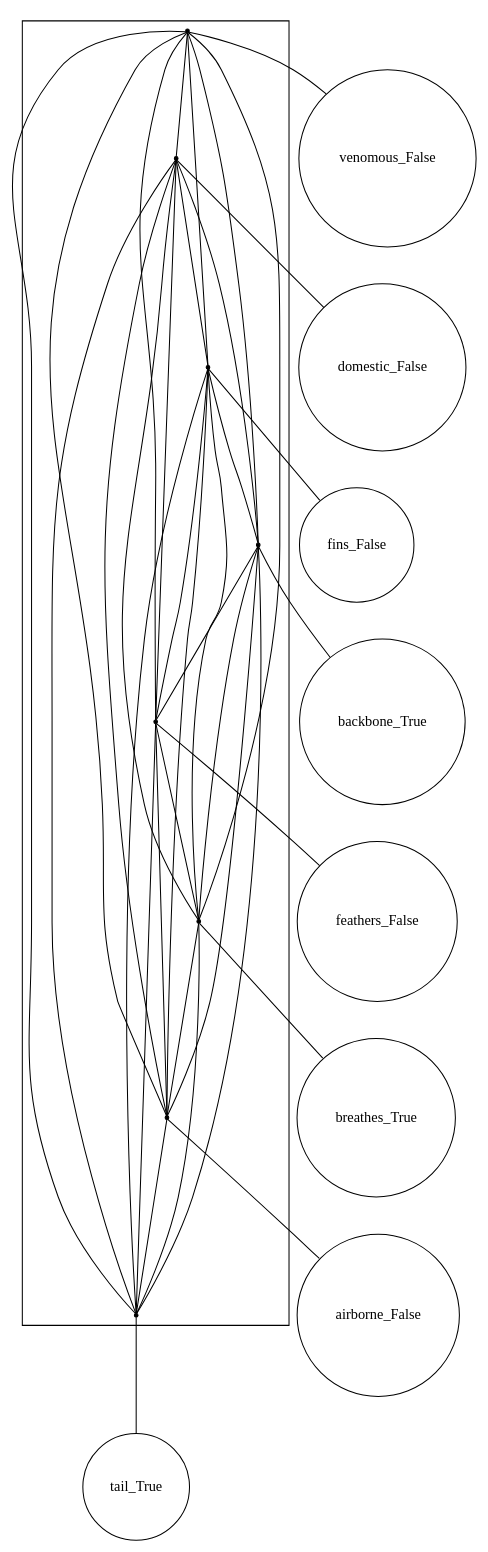
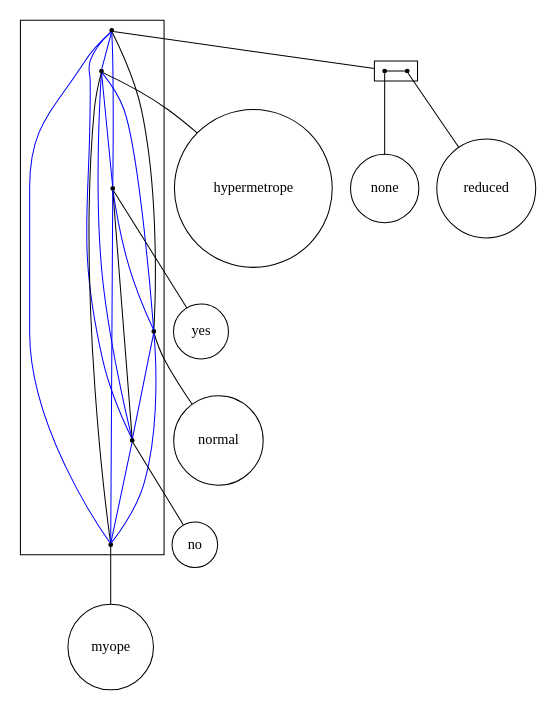
The diagram in src/final/linear_2-structure.dot (lrodrin/TFG), drawn with Graphviz before and after one commit. The commit also changed 3 other files, not shown here.

```diff
--- a/src/final/linear_2-structure.dot
+++ b/src/final/linear_2-structure.dot
@@ -1,55 +1,47 @@
 strict digraph "linear_2-structure" {
 compound=true;
 fontname=Verdana;
 fontsize=12;
 newrank=true;
 node [shape=circle];
-venomous_False;
-domestic_False;
-fins_False;
-backbone_True;
-feathers_False;
-breathes_True;
-airborne_False;
-tail_True;
-subgraph cluster_breathes_Truefins_Falsetail_Truefeathers_Falsedomestic_Falseairborne_Falsebackbone_Truevenomous_False {
+hypermetrope;
+yes;
+normal;
+no;
+myope;
+none;
+reduced;
+subgraph cluster_nomyopereducedhypermetropenormalnoneyes {
 node [shape=point];
-s_venomous_False -> s_domestic_False  [color=black, arrowhead=none];
-s_venomous_False -> s_fins_False  [color=black, arrowhead=none];
-s_venomous_False -> s_backbone_True  [color=black, arrowhead=none];
-s_venomous_False -> s_feathers_False  [color=black, arrowhead=none];
-s_venomous_False -> s_breathes_True  [color=black, arrowhead=none];
-s_venomous_False -> s_airborne_False  [color=black, arrowhead=none];
-s_venomous_False -> s_tail_True  [color=black, arrowhead=none];
-s_domestic_False -> s_fins_False  [color=black, arrowhead=none];
-s_domestic_False -> s_backbone_True  [color=black, arrowhead=none];
-s_domestic_False -> s_feathers_False  [color=black, arrowhead=none];
-s_domestic_False -> s_breathes_True  [color=black, arrowhead=none];
-s_domestic_False -> s_airborne_False  [color=black, arrowhead=none];
-s_domestic_False -> s_tail_True  [color=black, arrowhead=none];
-s_fins_False -> s_backbone_True  [color=black, arrowhead=none];
-s_fins_False -> s_feathers_False  [color=black, arrowhead=none];
-s_fins_False -> s_breathes_True  [color=black, arrowhead=none];
-s_fins_False -> s_airborne_False  [color=black, arrowhead=none];
-s_fins_False -> s_tail_True  [color=black, arrowhead=none];
-s_backbone_True -> s_feathers_False  [color=black, arrowhead=none];
-s_backbone_True -> s_breathes_True  [color=black, arrowhead=none];
-s_backbone_True -> s_airborne_False  [color=black, arrowhead=none];
-s_backbone_True -> s_tail_True  [color=black, arrowhead=none];
-s_feathers_False -> s_breathes_True  [color=black, arrowhead=none];
-s_feathers_False -> s_airborne_False  [color=black, arrowhead=none];
-s_feathers_False -> s_tail_True  [color=black, arrowhead=none];
-s_breathes_True -> s_airborne_False  [color=black, arrowhead=none];
-s_breathes_True -> s_tail_True  [color=black, arrowhead=none];
-s_airborne_False -> s_tail_True  [color=black, arrowhead=none];
+s_nonereduced -> s_hypermetrope  [color=blue, arrowhead=none];
+s_nonereduced -> s_yes  [color=blue, arrowhead=none];
+s_nonereduced -> s_normal  [color=black, arrowhead=none];
+s_nonereduced -> s_no  [color=blue, arrowhead=none];
+s_nonereduced -> s_myope  [color=blue, arrowhead=none];
+s_hypermetrope -> s_yes  [color=blue, arrowhead=none];
+s_hypermetrope -> s_normal  [color=blue, arrowhead=none];
+s_hypermetrope -> s_no  [color=blue, arrowhead=none];
+s_hypermetrope -> s_myope  [color=black, arrowhead=none];
+s_yes -> s_normal  [color=blue, arrowhead=none];
+s_yes -> s_no  [color=black, arrowhead=none];
+s_yes -> s_myope  [color=blue, arrowhead=none];
+s_normal -> s_no  [color=blue, arrowhead=none];
+s_normal -> s_myope  [color=blue, arrowhead=none];
+s_no -> s_myope  [color=blue, arrowhead=none];
 }
 
-s_venomous_False -> venomous_False  [arrowhead=none];
-s_domestic_False -> domestic_False  [arrowhead=none];
-s_fins_False -> fins_False  [arrowhead=none];
-s_backbone_True -> backbone_True  [arrowhead=none];
-s_feathers_False -> feathers_False  [arrowhead=none];
-s_breathes_True -> breathes_True  [arrowhead=none];
-s_airborne_False -> airborne_False  [arrowhead=none];
-s_tail_True -> tail_True  [arrowhead=none];
+subgraph cluster_nonereduced {
+rank=same;
+node [shape=point];
+s_none -> s_reduced  [color=black, arrowhead=none];
 }
+
+s_nonereduced -> s_none  [lhead=cluster_nonereduced, arrowhead=none];
+s_hypermetrope -> hypermetrope  [arrowhead=none];
+s_yes -> yes  [arrowhead=none];
+s_normal -> normal  [arrowhead=none];
+s_no -> no  [arrowhead=none];
+s_myope -> myope  [arrowhead=none];
+s_none -> none  [arrowhead=none];
+s_reduced -> reduced  [arrowhead=none];
+}
```
